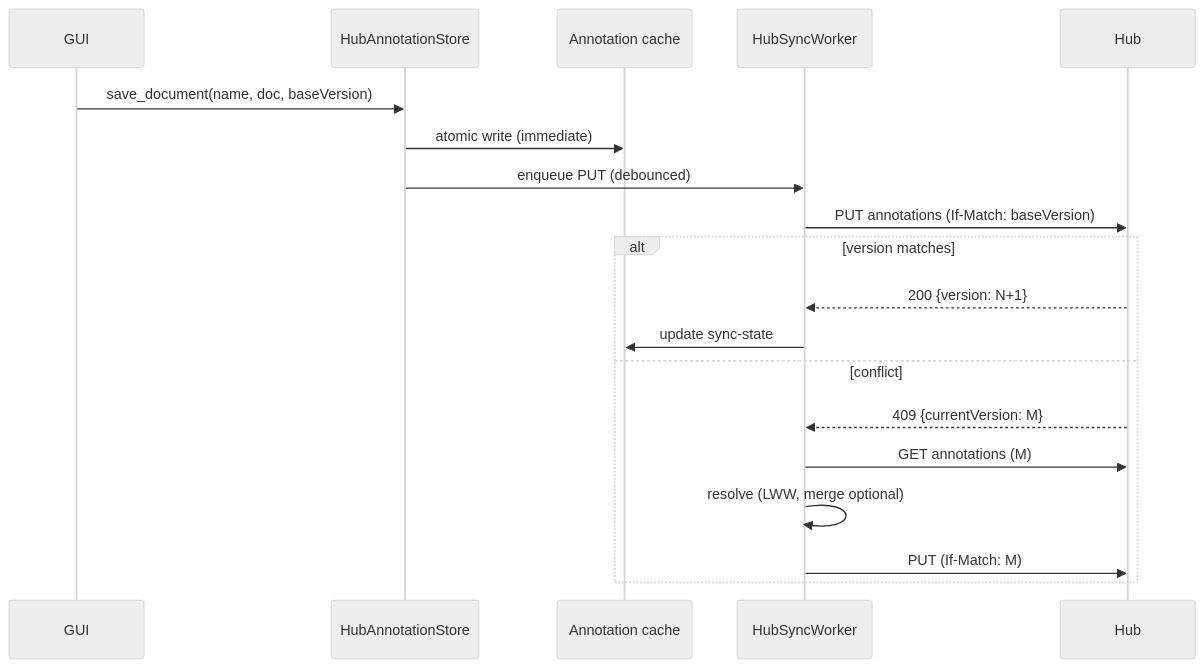
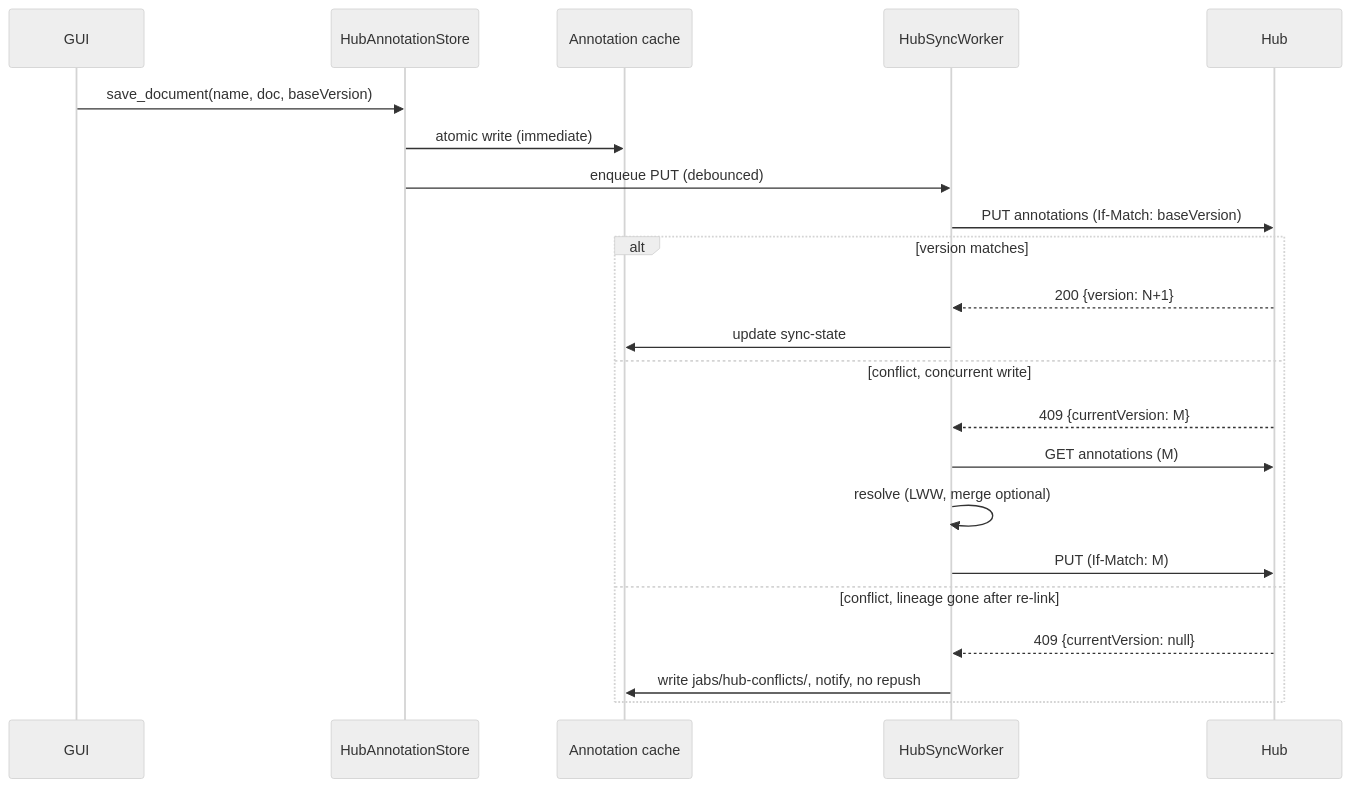
One commit to KumarLabJax/JABS-behavior-classifier changed the second of 2 diagrams in docs/development/plans/jabs-hub-backed-projects-plan.md. Above: the diagram before and after it, drawn with Mermaid (neutral theme). The commit also changed other lines of this file, not shown here.

Commit message:
reconcile plan with ADR-0014 access model and ADR-0015 annotation conflicts

````diff
--- a/docs/development/plans/jabs-hub-backed-projects-plan.md
+++ b/docs/development/plans/jabs-hub-backed-projects-plan.md
@@ -495,21 +544,24 @@
 ```mermaid
 sequenceDiagram
     participant GUI
     participant Store as HubAnnotationStore
     participant Cache as Annotation cache
     participant Sync as HubSyncWorker
     participant Hub
     GUI->>Store: save_document(name, doc, baseVersion)
     Store->>Cache: atomic write (immediate)
     Store->>Sync: enqueue PUT (debounced)
     Sync->>Hub: PUT annotations (If-Match: baseVersion)
     alt version matches
         Hub-->>Sync: 200 {version: N+1}
         Sync->>Cache: update sync-state
-    else conflict
+    else conflict, concurrent write
         Hub-->>Sync: 409 {currentVersion: M}
         Sync->>Hub: GET annotations (M)
         Sync->>Sync: resolve (LWW, merge optional)
         Sync->>Hub: PUT (If-Match: M)
+    else conflict, lineage gone after re-link
+        Hub-->>Sync: 409 {currentVersion: null}
+        Sync->>Cache: write jabs/hub-conflicts/, notify, no repush
     end
 ```
````
